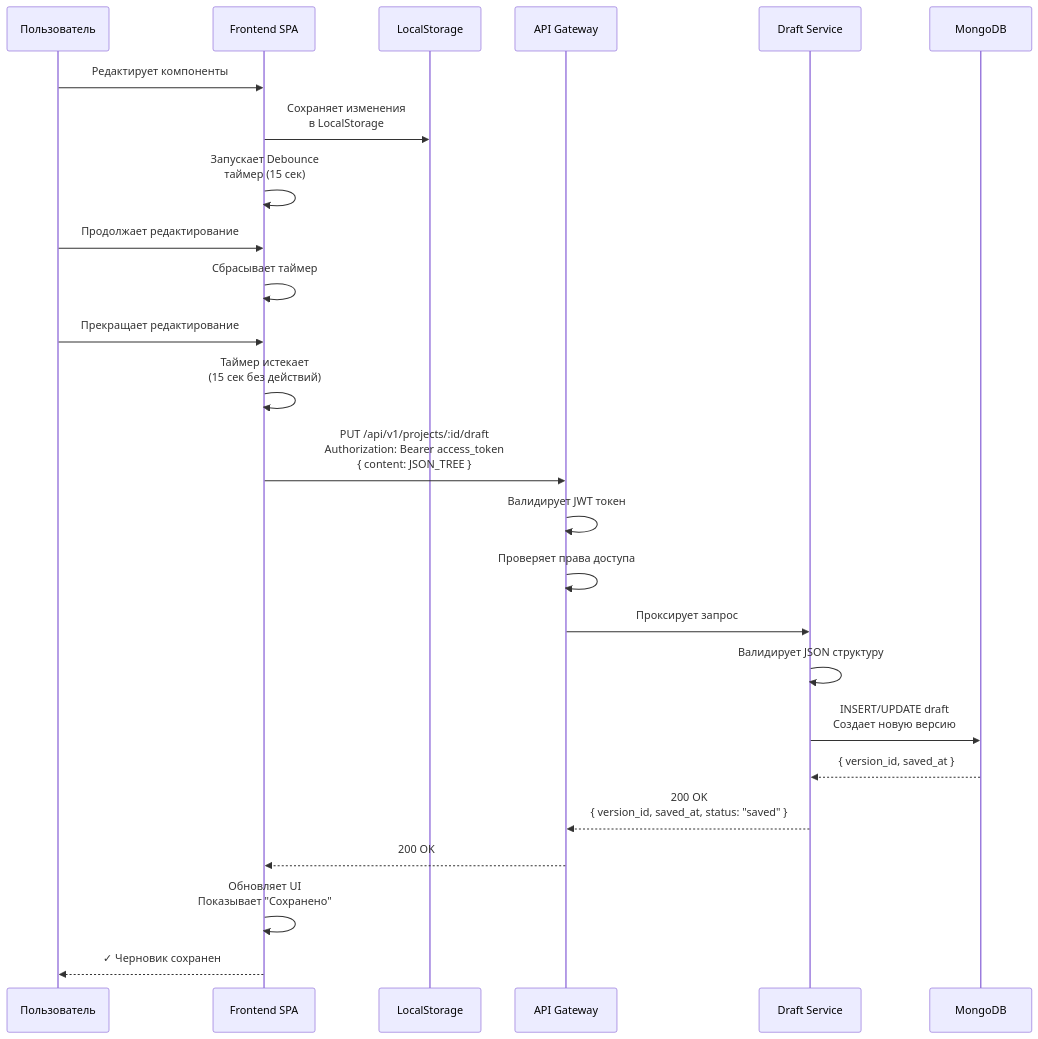
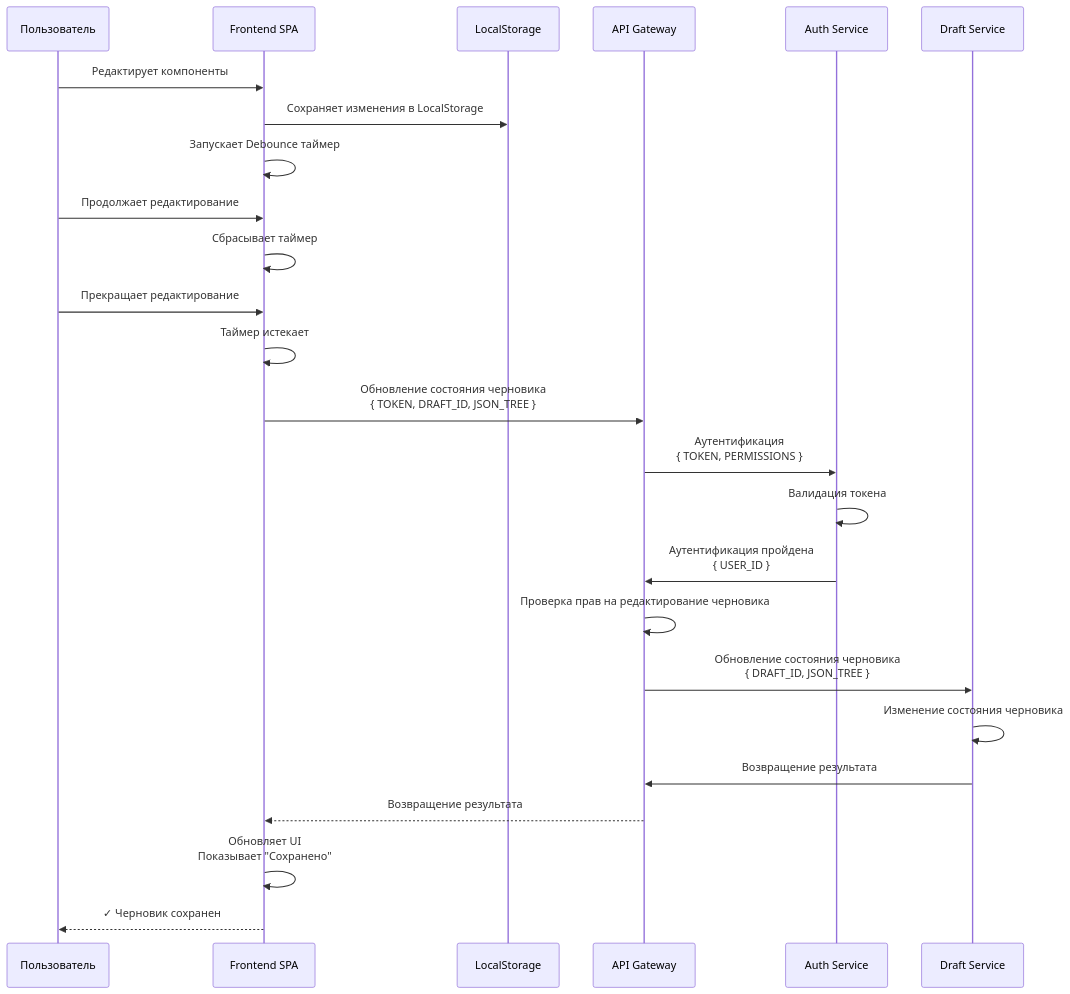
Before and after one commit to rki-mai/docs: the second of 4 diagrams in ADRs/Уточнения и детализация архитектуры.md, drawn with Mermaid. The commit also changed other lines of this file and 3 other files, not shown here.

````diff
--- a/ADRs/Уточнения и детализация архитектуры.md
+++ b/ADRs/Уточнения и детализация архитектуры.md
@@ -363,34 +172,34 @@
 ```mermaid
 sequenceDiagram
     participant User as Пользователь
     participant Frontend as Frontend SPA
     participant LocalStorage as LocalStorage
     participant Gateway as API Gateway
+    participant AuthService as Auth Service
     participant DraftService as Draft Service
-    participant MongoDB as MongoDB
 
     User->>Frontend: Редактирует компоненты
-    Frontend->>LocalStorage: Сохраняет изменения<br/>в LocalStorage
-    Frontend->>Frontend: Запускает Debounce<br/>таймер (15 сек)
+    Frontend->>LocalStorage: Сохраняет изменения в LocalStorage
+    Frontend->>Frontend: Запускает Debounce таймер
     
     User->>Frontend: Продолжает редактирование
     Frontend->>Frontend: Сбрасывает таймер
     
     User->>Frontend: Прекращает редактирование
-    Frontend->>Frontend: Таймер истекает<br/>(15 сек без действий)
+    Frontend->>Frontend: Таймер истекает
     
-    Frontend->>Gateway: PUT /api/v1/projects/:id/draft<br/>Authorization: Bearer access_token<br/>{ content: JSON_TREE }
+    Frontend->>Gateway: Обновление состояния черновика<br/>{ TOKEN, DRAFT_ID, JSON_TREE }
     
-    Gateway->>Gateway: Валидирует JWT токен
-    Gateway->>Gateway: Проверяет права доступа
-    Gateway->>DraftService: Проксирует запрос
+    Gateway->>AuthService: Аутентификация<br/>{ TOKEN, PERMISSIONS }
+	AuthService->>AuthService: Валидация токена
+    AuthService->>Gateway: Аутентификация пройдена<br/>{ USER_ID }
+    Gateway->>Gateway: Проверка прав на редактирование черновика
+
+    Gateway->>DraftService: Обновление состояния черновика<br/>{ DRAFT_ID, JSON_TREE }
+    DraftService->>DraftService: Изменение состояния черновика
     
-    DraftService->>DraftService: Валидирует JSON структуру
-    DraftService->>MongoDB: INSERT/UPDATE draft<br/>Создает новую версию
-    MongoDB-->>DraftService: { version_id, saved_at }
-    
-    DraftService-->>Gateway: 200 OK<br/>{ version_id, saved_at, status: "saved" }
-    Gateway-->>Frontend: 200 OK
+    DraftService->>Gateway: Возвращение результата
+    Gateway-->>Frontend: Возвращение результата
     Frontend->>Frontend: Обновляет UI<br/>Показывает "Сохранено"
     Frontend-->>User: ✓ Черновик сохранен
 ```
````
